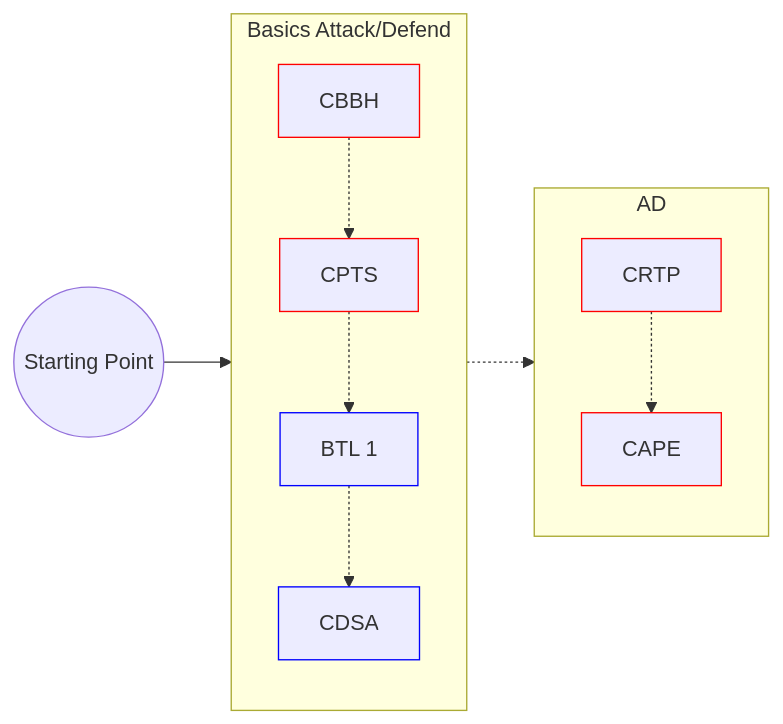
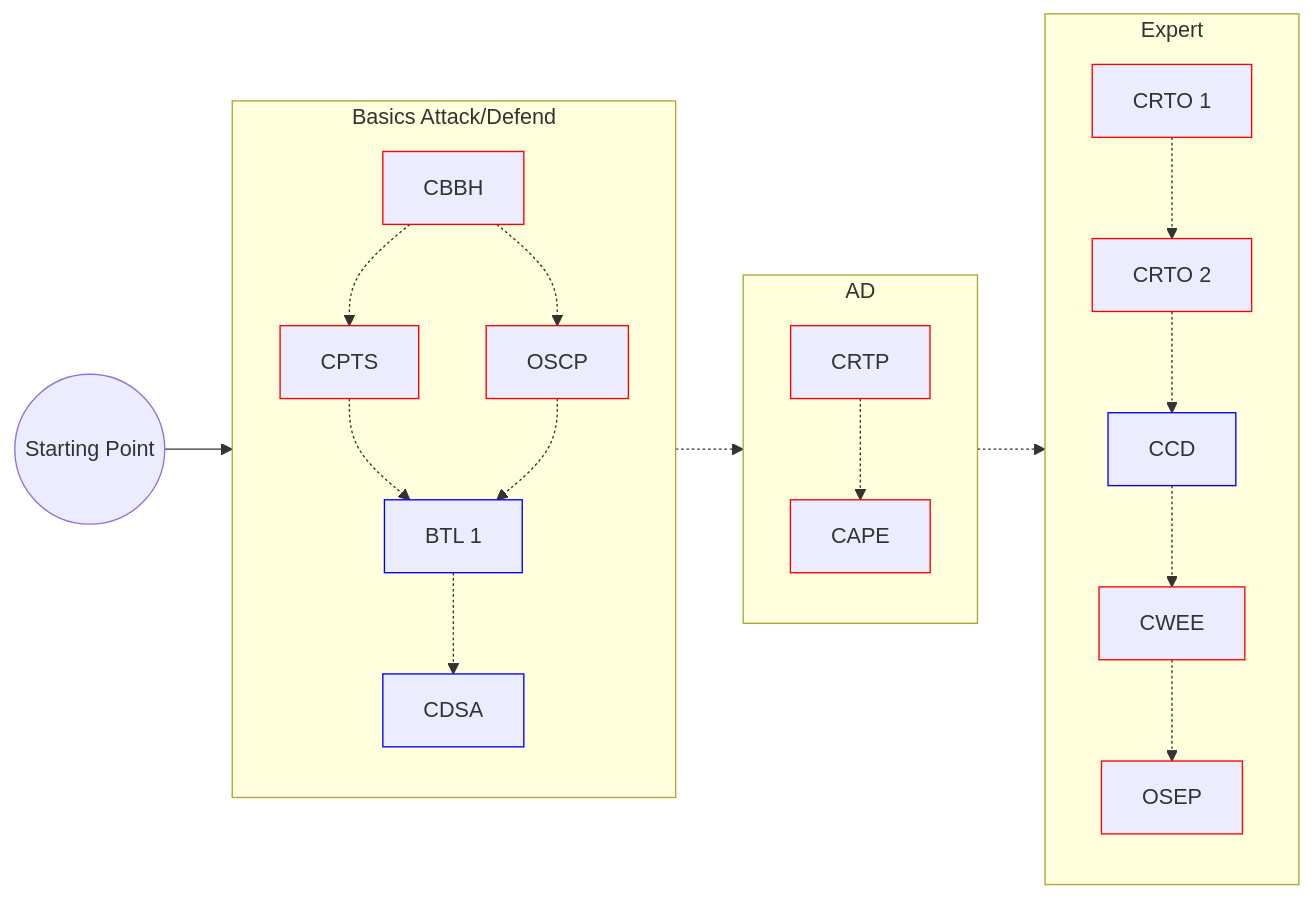
The diagram in TODO.md (d41y/d41y.github.io), drawn with Mermaid before and after one commit. The commit also changed other lines of this file, not shown here.

````diff
--- a/TODO.md
+++ b/TODO.md
@@ -34,33 +18,31 @@
 ```mermaid
 flowchart LR
 
+0@{shape: circle, label: "Starting Point"}
+
+    0 --> sub1
+    subgraph sub1["Basics Attack/Defend"]
+        direction TB
+            A1[CBBH]:::attack -.-> A2[CPTS]:::attack
+            A1[CBBH]:::attack -.-> A2b[OSCP]:::attack
+            A2[CPTS]:::attack -.-> D1[BTL 1]:::defend
+            A2b[OSCP]:::attack -.-> D1[BTL 1]:::defend
+            D1[BTL 1]:::defend -.-> D2[CDSA]:::defend
+    end
+    sub1 -.-> sub2
+    subgraph sub2["AD"]
+        direction TB
+            A3[CRTP]:::attack -.-> A4[CAPE]:::attack
+    end
+    sub2 -.-> sub3
+    subgraph sub3["Expert"]
+        direction TB
+            A5[CRTO 1]:::attack -.-> A6[CRTO 2]:::attack
+            A6[CRTO 2]:::attack -.-> D3[CCD]:::defend
+            D3[CCD]:::defend -.-> A7[CWEE]:::attack
+            A7[CWEE]:::attack -.-> A8[OSEP]:::attack
+    end
+
 classDef attack stroke:red
 classDef defend stroke:blue
-
-0@{shape: circle, label: "Starting Point"}
-
-A1[CBBH]
-A2[CPTS]
-A3[CRTP]
-A4[CAPE]
-%%A5[CRTO 1]
-%%A6[CRTO 2]
-%%A7[OSEP]
-
-D1[BTL 1]
-D2[CDSA]
-%%D3[CCD]
-
-0 --> A1
-subgraph "Basics Attack/Defend"
-    direction TB
-        A1:::attack -.-> A2
-        A2:::attack -.-> D1
-        D1:::defend -.-> D2
-end
-subgraph "AD"
-    direction TB
-        D2:::defend -.-> A3
-        A3:::attack -.-> A4:::attack
-end
 ```
````
